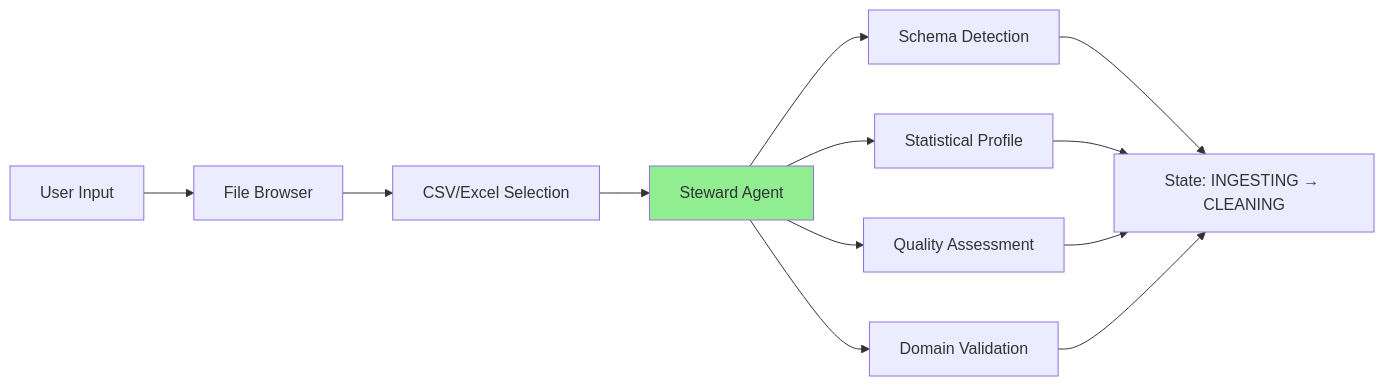
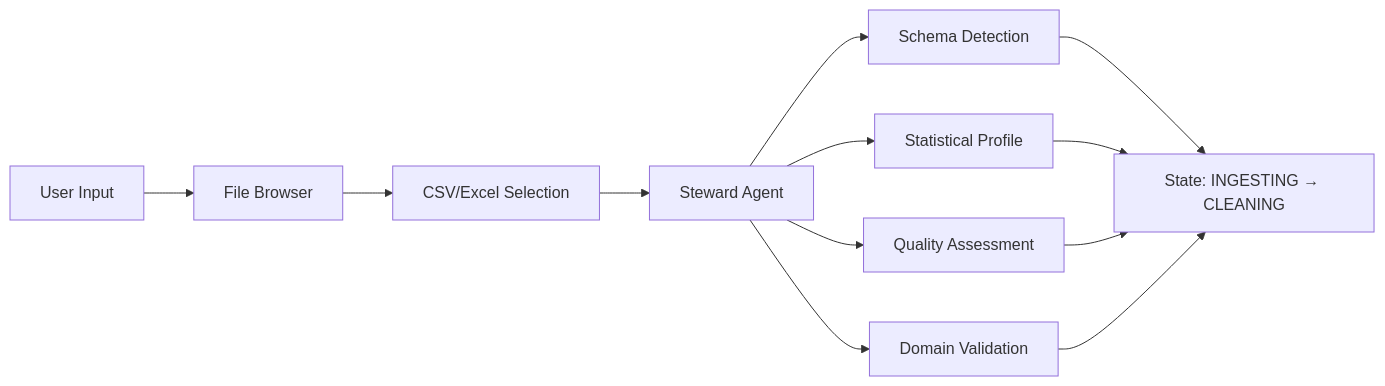
One commit to Vijay-Kiran-R/Data-Guild changed the third of 7 diagrams in README.md. Above: the diagram before and after it, drawn with Mermaid. The commit also changed other lines of this file, not shown here.

````diff
--- a/README.md
+++ b/README.md
@@ -142,13 +136,12 @@
 ```mermaid
 flowchart LR
     A[User Input] --> B[File Browser]
     B --> C[CSV/Excel Selection]
     C --> D[Steward Agent]
     D --> E[Schema Detection]
     D --> F[Statistical Profile]
     D --> G[Quality Assessment]
     D --> H[Domain Validation]
     E & F & G & H --> I[State: INGESTING → CLEANING]
     
-    style D fill:#90EE90
 ```
````
